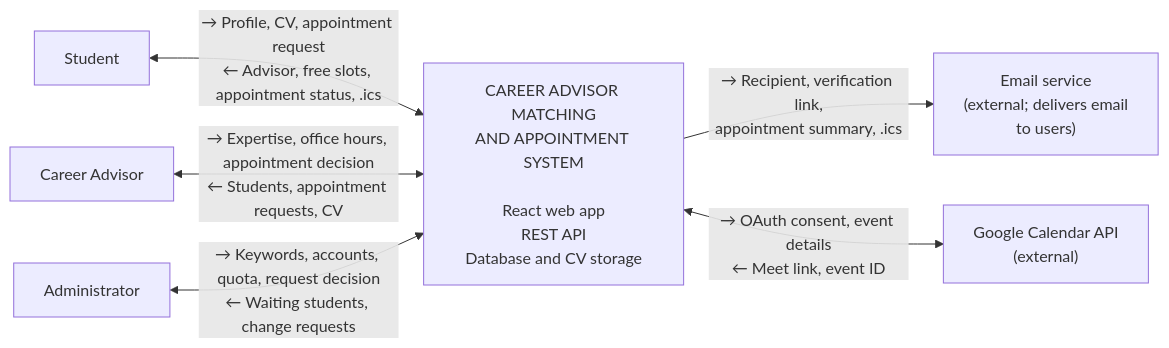
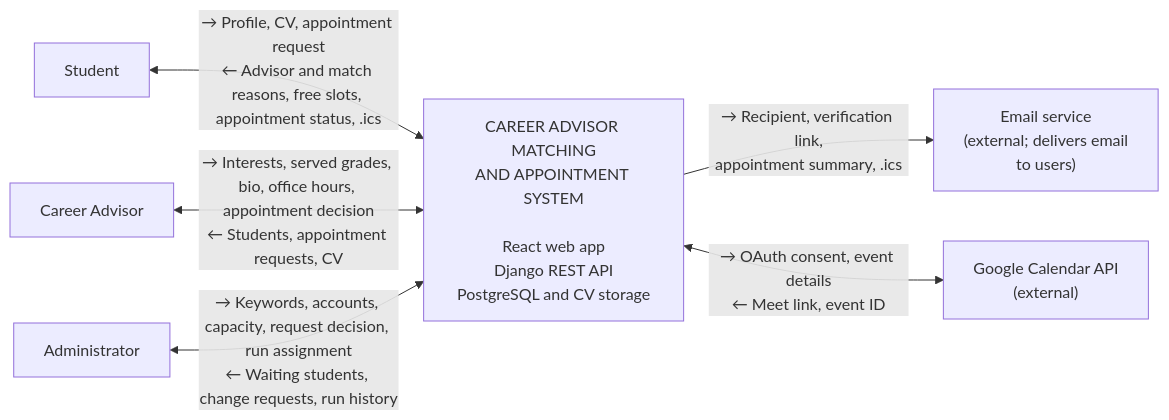
One commit to seng321-group8/SENG321-Project changed the diagram in docs/vision-boundary.md. Above: the diagram before and after it, drawn with Mermaid. The commit also changed other lines of this file, not shown here.

````diff
--- a/docs/vision-boundary.md
+++ b/docs/vision-boundary.md
@@ -17,17 +21,17 @@
 ```mermaid
 flowchart LR
-    OGR["Student"]
-    DAN["Career Advisor"]
-    YON["Administrator"]
+    STU["Student"]
+    ADV["Career Advisor"]
+    ADM["Administrator"]
 
-    SIS["CAREER ADVISOR MATCHING<br/>AND APPOINTMENT SYSTEM<br/><br/>React web app<br/>REST API<br/>Database and CV storage"]
+    SYS["CAREER ADVISOR MATCHING<br/>AND APPOINTMENT SYSTEM<br/><br/>React web app<br/>Django REST API<br/>PostgreSQL and CV storage"]
 
     MAIL["Email service<br/>(external; delivers email<br/>to users)"]
     GCAL["Google Calendar API<br/>(external)"]
 
-    OGR <-->|"→ Profile, CV, appointment request<br/>← Advisor, free slots, appointment status, .ics"| SIS
-    DAN <-->|"→ Expertise, office hours, appointment decision<br/>← Students, appointment requests, CV"| SIS
-    YON <-->|"→ Keywords, accounts, quota, request decision<br/>← Waiting students, change requests"| SIS
-    SIS -->|"→ Recipient, verification link,<br/>appointment summary, .ics"| MAIL
-    SIS <-->|"→ OAuth consent, event details<br/>← Meet link, event ID"| GCAL
+    STU <-->|"→ Profile, CV, appointment request<br/>← Advisor and match reasons, free slots, appointment status, .ics"| SYS
+    ADV <-->|"→ Interests, served grades, bio, office hours, appointment decision<br/>← Students, appointment requests, CV"| SYS
+    ADM <-->|"→ Keywords, accounts, capacity, request decision, run assignment<br/>← Waiting students, change requests, run history"| SYS
+    SYS -->|"→ Recipient, verification link,<br/>appointment summary, .ics"| MAIL
+    SYS <-->|"→ OAuth consent, event details<br/>← Meet link, event ID"| GCAL
 ```
````
